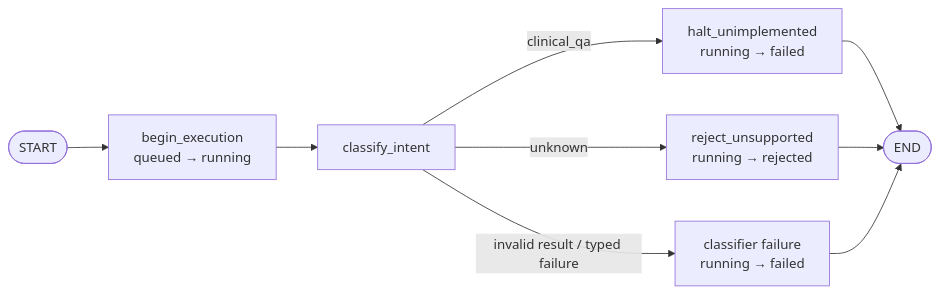
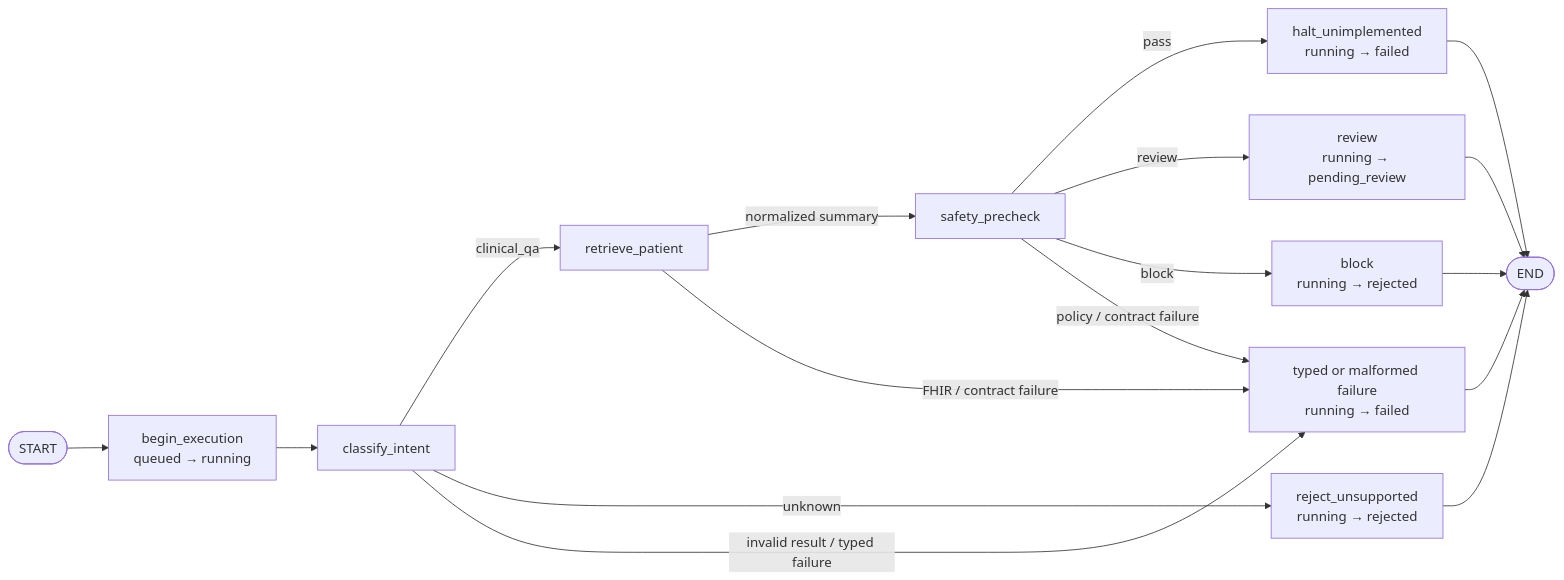
Before and after one commit to sanket-nawghare/langchain-poc: the third of 5 diagrams in docs/ARCHITECTURE.md, drawn with Mermaid. The commit also changed other lines of this file and 12 other files, not shown here.

Commit message:
Patient Retrieval and Safety Pre-check

````diff
--- a/docs/ARCHITECTURE.md
+++ b/docs/ARCHITECTURE.md
@@ -75,15 +78,25 @@
 ```mermaid
 flowchart LR
     Start(["START"])
     Begin["begin_execution<br/>queued → running"]
     Classify["classify_intent"]
+    Retrieve["retrieve_patient"]
+    Safety["safety_precheck"]
     Reject["reject_unsupported<br/>running → rejected"]
     Halt["halt_unimplemented<br/>running → failed"]
-    Failed["classifier failure<br/>running → failed"]
+    Review["review<br/>running → pending_review"]
+    Block["block<br/>running → rejected"]
+    Failed["typed or malformed failure<br/>running → failed"]
     End(["END"])
 
     Start --> Begin --> Classify
-    Classify -->|"clinical_qa"| Halt --> End
+    Classify -->|"clinical_qa"| Retrieve
     Classify -->|"unknown"| Reject --> End
-    Classify -->|"invalid result / typed failure"| Failed --> End
+    Classify -->|"invalid result / typed failure"| Failed
+    Retrieve -->|"normalized summary"| Safety
+    Retrieve -->|"FHIR / contract failure"| Failed
+    Safety -->|"pass"| Halt --> End
+    Safety -->|"review"| Review --> End
+    Safety -->|"block"| Block --> End
+    Safety -->|"policy / contract failure"| Failed --> End
 ```
````
